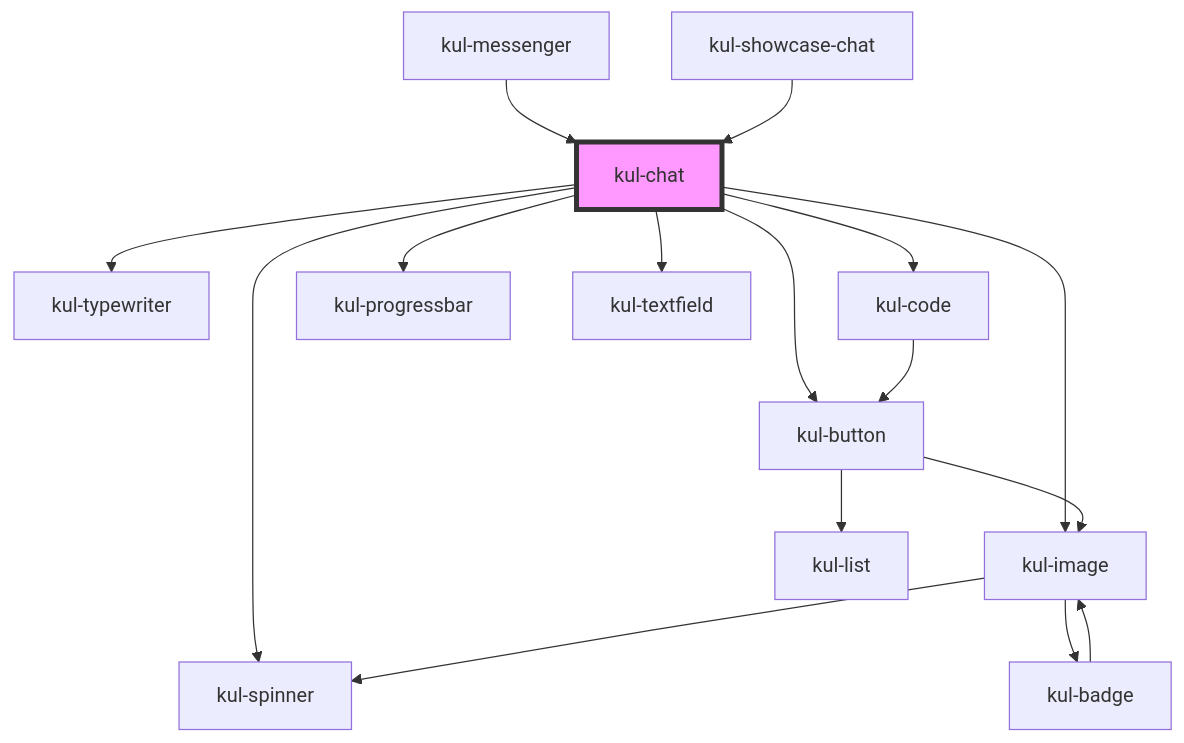
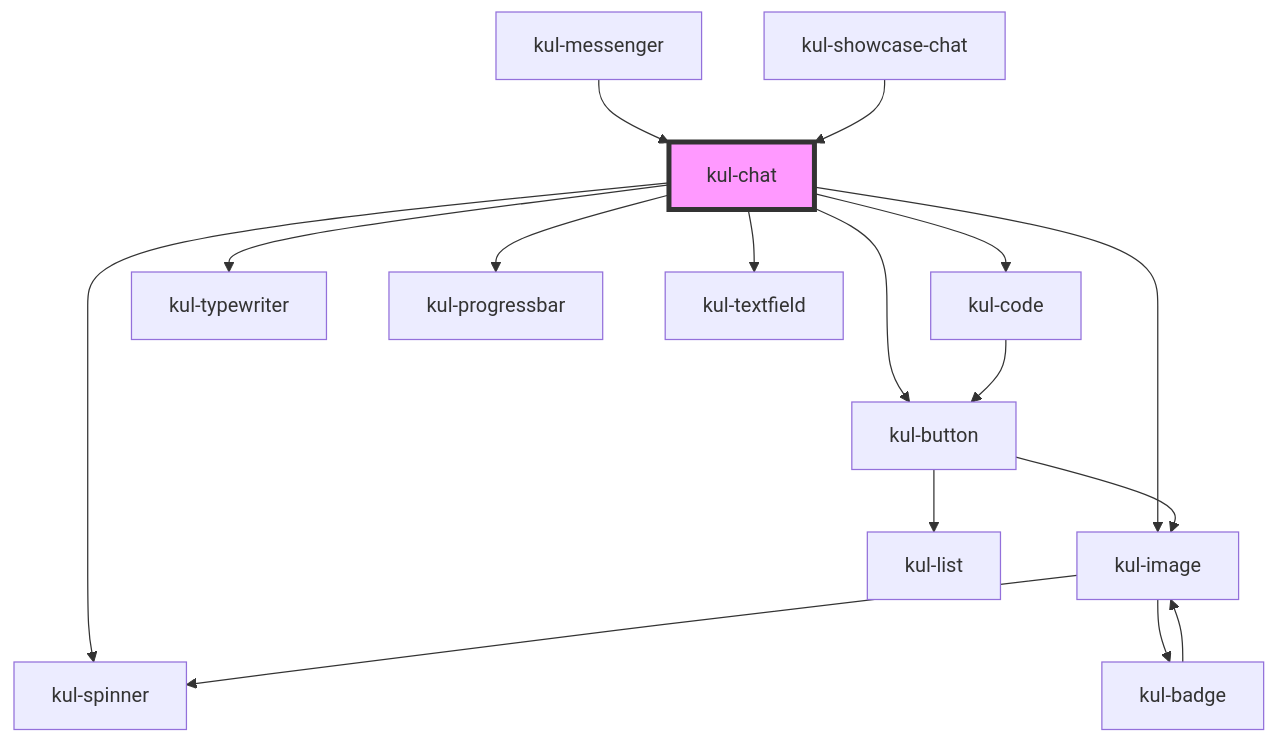
One commit to lucafoscili/ketchup-lite changed the diagram in packages/ketchup-lite/src/components/kul-chat/readme.md. Above: the diagram before and after it, drawn with Mermaid. The commit also changed other lines of this file and 7 other files, not shown here.

````diff
--- a/packages/ketchup-lite/src/components/kul-chat/readme.md
+++ b/packages/ketchup-lite/src/components/kul-chat/readme.md
@@ -154,19 +154,19 @@
 ```mermaid
 graph TD;
   kul-chat --> kul-spinner
-  kul-chat --> kul-typewriter
   kul-chat --> kul-code
   kul-chat --> kul-image
   kul-chat --> kul-button
+  kul-chat --> kul-typewriter
   kul-chat --> kul-progressbar
   kul-chat --> kul-textfield
   kul-code --> kul-button
   kul-button --> kul-image
   kul-button --> kul-list
   kul-image --> kul-spinner
   kul-image --> kul-badge
   kul-badge --> kul-image
   kul-messenger --> kul-chat
   kul-showcase-chat --> kul-chat
   style kul-chat fill:#f9f,stroke:#333,stroke-width:4px
 ```
````
